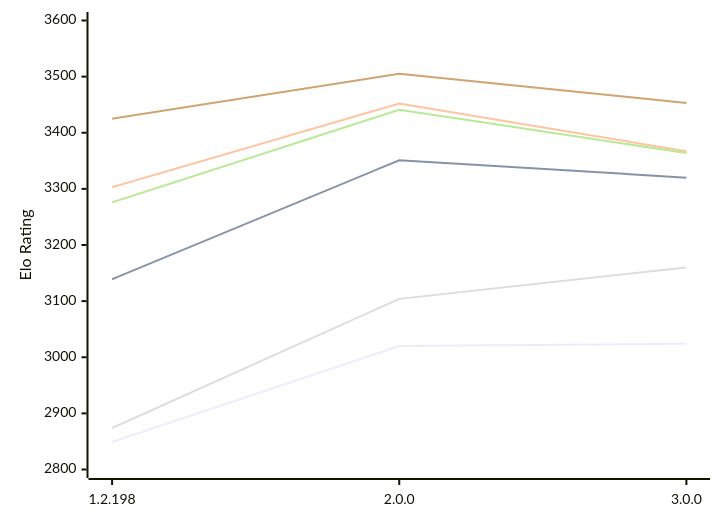
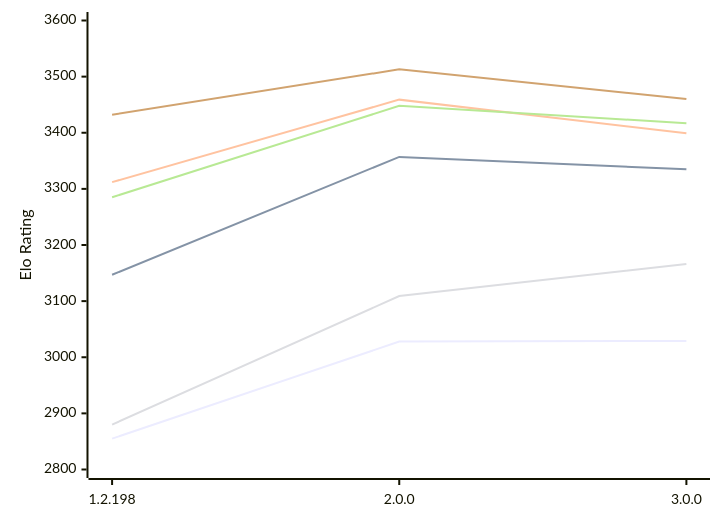
The diagram in engines/Zenith.md (computer-chess-index/cci), drawn with Mermaid before and after one commit. The commit also changed other lines of this file, not shown here.

Commit message:
Update CCI Ratings (ELO VLTC) - 2026-11-03

````diff
--- a/engines/Zenith.md
+++ b/engines/Zenith.md
@@ -51,12 +51,12 @@
 ```mermaid
 %%{init: {"theme":"base","themeVariables":{"seriesColors:['#a3a3a3','#222221','#faa371']}}}%%
 xychart-beta
   x-axis ["1.2.198", "2.0.0", "3.0.0"]
   y-axis "Elo Rating" 2800 --> 3600
-  line "E1: STC (8.0+0.08s)" [2849, 3020, 3024]
-  line "E1: LTC (60.0+0.60s)" [3139, 3351, 3320]
-  line "E1: VLTC (2m24s+1.12s)" [3303, 3452, 3367]
-  line "P1: STC (8.0+0.08s)" [2874, 3104, 3160]
-  line "P1: LTC (60.0+0.60s)" [3276, 3441, 3364]
-  line "P1: VLTC (2m24s+1.12s)" [3425, 3505, 3453]
+  line "E1: STC (8.0+0.08s)" [2855, 3028, 3029]
+  line "E1: LTC (60.0+0.60s)" [3147, 3357, 3335]
+  line "E1: VLTC (2m24s+1.12s)" [3312, 3459, 3399]
+  line "P1: STC (8.0+0.08s)" [2880, 3109, 3166]
+  line "P1: LTC (60.0+0.60s)" [3285, 3448, 3417]
+  line "P1: VLTC (2m24s+1.12s)" [3432, 3513, 3460]
 ```
````
